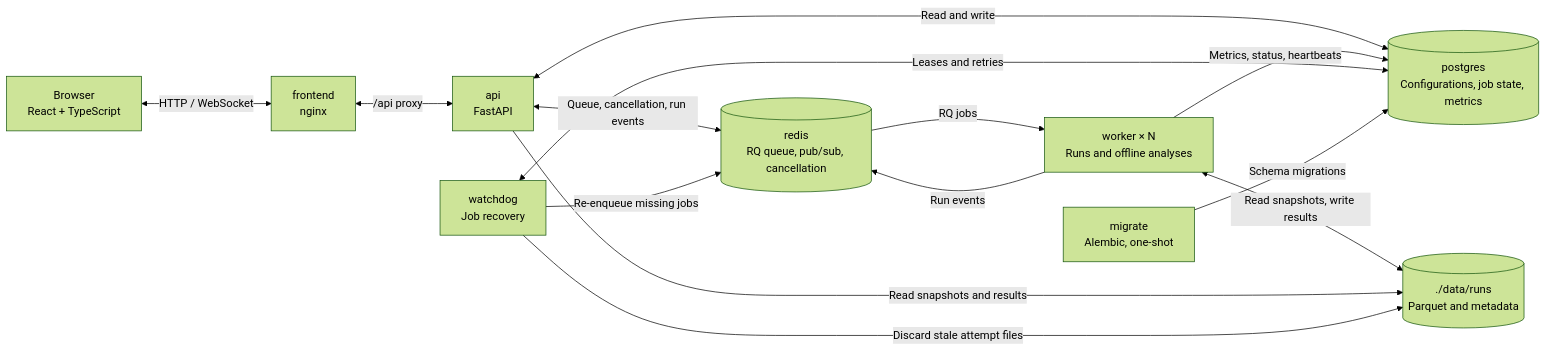
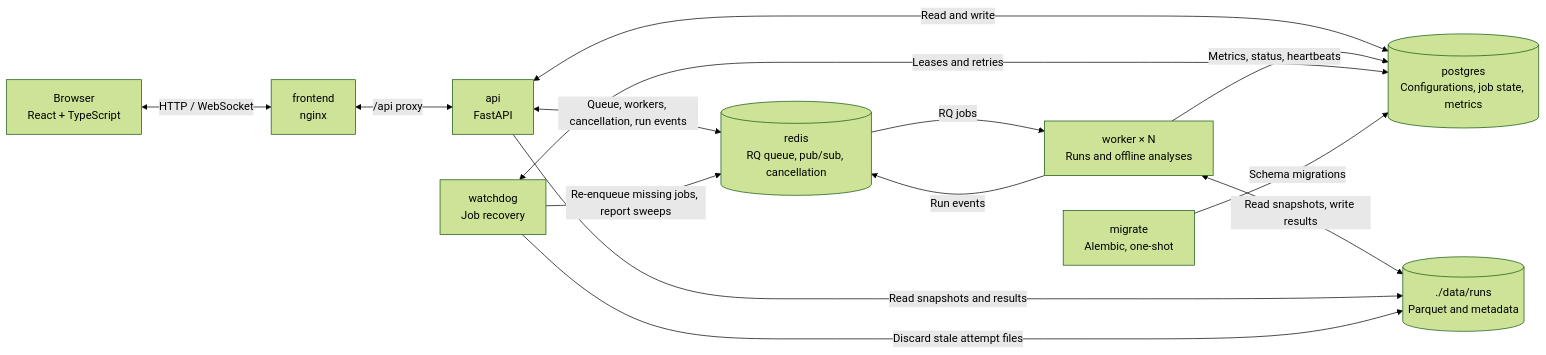
One commit to JunioCesarFerreira/esphea changed the first of 7 diagrams in docs/architecture.md. Above: the diagram before and after it, drawn with Mermaid (forest theme). The commit also changed other lines of this file and 22 other files, not shown here.

````diff
--- a/docs/architecture.md
+++ b/docs/architecture.md
@@ -21,26 +21,26 @@
 ```mermaid
 flowchart LR
     Browser["Browser<br/>React + TypeScript"]
     Frontend["frontend<br/>nginx"]
     API["api<br/>FastAPI"]
     Redis[("redis<br/>RQ queue, pub/sub, cancellation")]
     Worker["worker × N<br/>Runs and offline analyses"]
     Watchdog["watchdog<br/>Job recovery"]
     Migrate["migrate<br/>Alembic, one-shot"]
     DB[("postgres<br/>Configurations, job state, metrics")]
     Data[("./data/runs<br/>Parquet and metadata")]
 
     Browser <-->|"HTTP / WebSocket"| Frontend
     Frontend <-->|"/api proxy"| API
-    API <-->|"Queue, cancellation, run events"| Redis
+    API <-->|"Queue, workers, cancellation, run events"| Redis
     Redis -->|"RQ jobs"| Worker
     Worker -->|"Run events"| Redis
     API <-->|"Read and write"| DB
     Worker -->|"Metrics, status, heartbeats"| DB
     Worker <-->|"Read snapshots, write results"| Data
     API -->|"Read snapshots and results"| Data
     Watchdog <-->|"Leases and retries"| DB
-    Watchdog -->|"Re-enqueue missing jobs"| Redis
+    Watchdog -->|"Re-enqueue missing jobs, report sweeps"| Redis
     Watchdog -->|"Discard stale attempt files"| Data
     Migrate -->|"Schema migrations"| DB
 ```
````
